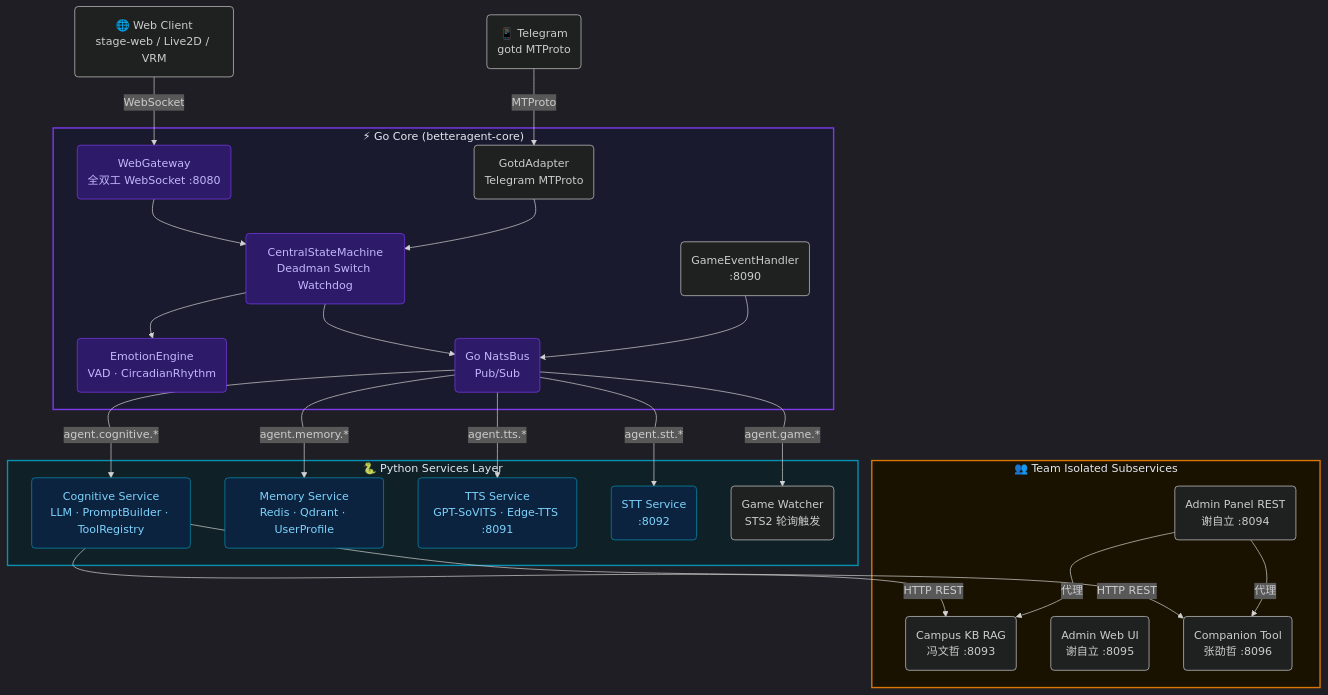
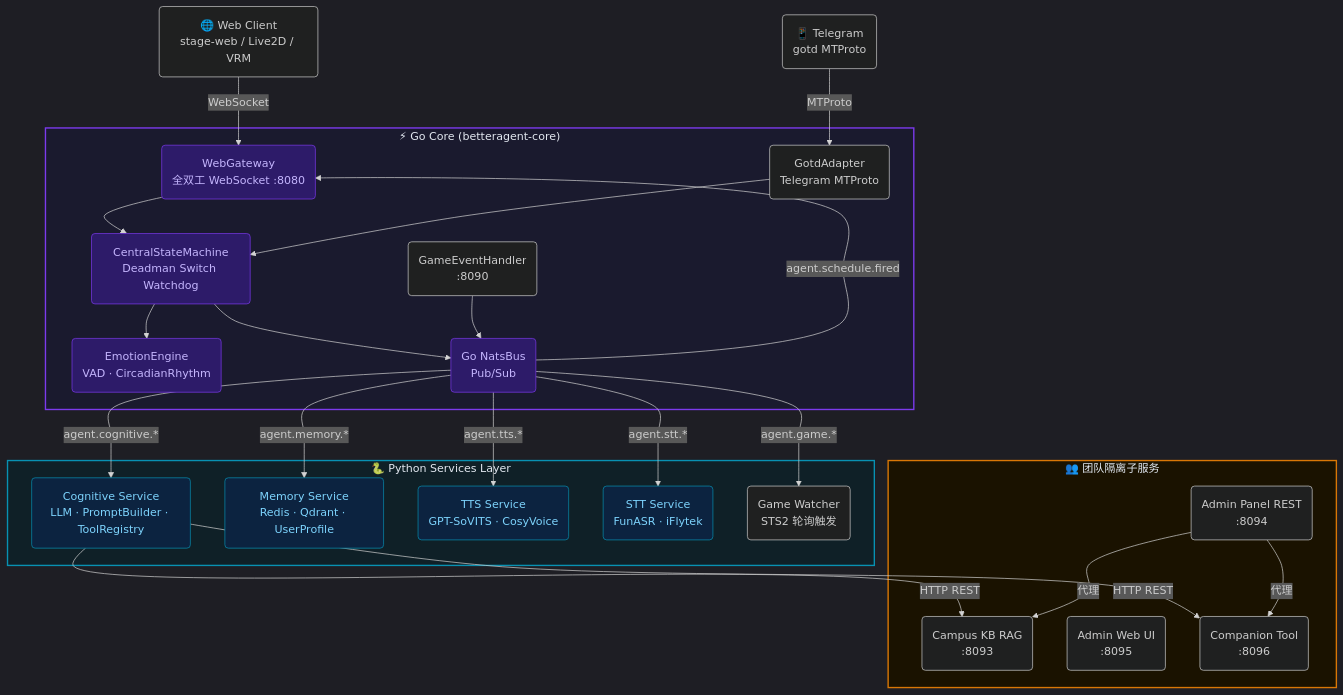
One commit to hpkm2635/BetterAgent changed the diagram in README.md. Above: the diagram before and after it, drawn with Mermaid. The commit also changed other lines of this file, not shown here.

````diff
--- a/README.md
+++ b/README.md
@@ -129,62 +156,63 @@
 ```mermaid
 %%{ init: { 'flowchart': { 'curve': 'catmullRom' }, 'theme': 'dark' } }%%
 
 flowchart TD
   Client("🌐 Web Client\nstage-web / Live2D / VRM")
   Telegram("📱 Telegram\ngotd MTProto")
 
   subgraph GoCore["⚡ Go Core (betteragent-core)"]
     WebGW("WebGateway\n全双工 WebSocket :8080")
     GotdAdapter("GotdAdapter\nTelegram MTProto")
     CSM("CentralStateMachine\nDeadman Switch Watchdog")
     EmotionEng("EmotionEngine\nVAD · CircadianRhythm")
     NatsBus("Go NatsBus\nPub/Sub")
     GameHandler("GameEventHandler\n:8090")
   end
 
   subgraph PythonLayer["🐍 Python Services Layer"]
     CogSvc("Cognitive Service\nLLM · PromptBuilder · ToolRegistry")
     MemSvc("Memory Service\nRedis · Qdrant · UserProfile")
-    TTSSvc("TTS Service\nGPT-SoVITS · Edge-TTS :8091")
-    STTSvc("STT Service\n:8092")
+    TTSSvc("TTS Service\nGPT-SoVITS · CosyVoice")
+    STTSvc("STT Service\nFunASR · iFlytek")
     GameWatcher("Game Watcher\nSTS2 轮询触发")
   end
 
-  subgraph TeamServices["👥 Team Isolated Subservices"]
-    CampusKB("Campus KB RAG\n冯文哲 :8093")
-    AdminAPI("Admin Panel REST\n谢自立 :8094")
-    AdminUI("Admin Web UI\n谢自立 :8095")
-    CompanionSvc("Companion Tool\n张劭哲 :8096")
+  subgraph TeamServices["👥 团队隔离子服务"]
+    CampusKB("Campus KB RAG\n:8093")
+    AdminAPI("Admin Panel REST\n:8094")
+    AdminUI("Admin Web UI\n:8095")
+    CompanionSvc("Companion Tool\n:8096")
   end
 
   Client -->|WebSocket| WebGW
   Telegram -->|MTProto| GotdAdapter
   WebGW --> CSM
   GotdAdapter --> CSM
   CSM --> EmotionEng
   CSM --> NatsBus
   GameHandler --> NatsBus
 
   NatsBus -->|agent.cognitive.*| CogSvc
   NatsBus -->|agent.memory.*| MemSvc
   NatsBus -->|agent.tts.*| TTSSvc
   NatsBus -->|agent.stt.*| STTSvc
   NatsBus -->|agent.game.*| GameWatcher
+  NatsBus -->|agent.schedule.fired| WebGW
 
   CogSvc -->|HTTP REST| CampusKB
   CogSvc -->|HTTP REST| CompanionSvc
   AdminAPI -->|代理| CampusKB
   AdminAPI -->|代理| CompanionSvc
 
   style GoCore fill:#1a1a2e,stroke:#7c3aed,stroke-width:2px,color:#e2e8f0
   style PythonLayer fill:#0f2027,stroke:#0891b2,stroke-width:2px,color:#e2e8f0
   style TeamServices fill:#1a1200,stroke:#d97706,stroke-width:2px,color:#e2e8f0
   style WebGW fill:#2d1b69,stroke:#7c3aed,stroke-width:1px,color:#c4b5fd
   style CSM fill:#2d1b69,stroke:#7c3aed,stroke-width:1px,color:#c4b5fd
   style EmotionEng fill:#2d1b69,stroke:#7c3aed,stroke-width:1px,color:#c4b5fd
   style NatsBus fill:#2d1b69,stroke:#7c3aed,stroke-width:1px,color:#c4b5fd
   style CogSvc fill:#0c2340,stroke:#0891b2,stroke-width:1px,color:#7dd3fc
   style MemSvc fill:#0c2340,stroke:#0891b2,stroke-width:1px,color:#7dd3fc
   style TTSSvc fill:#0c2340,stroke:#0891b2,stroke-width:1px,color:#7dd3fc
   style STTSvc fill:#0c2340,stroke:#0891b2,stroke-width:1px,color:#7dd3fc
 ```
````
